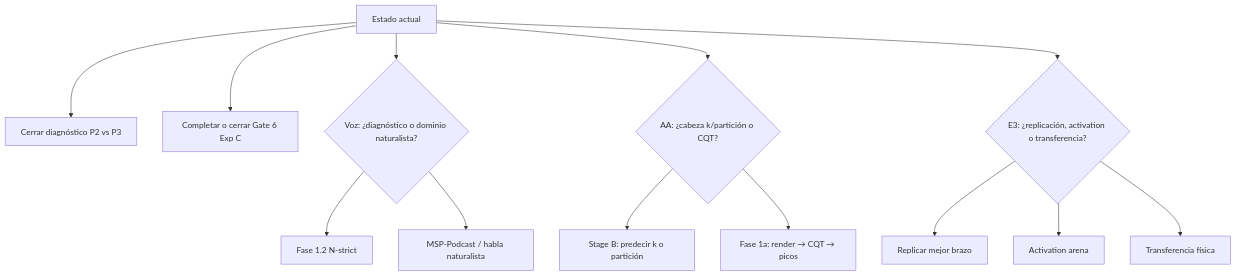
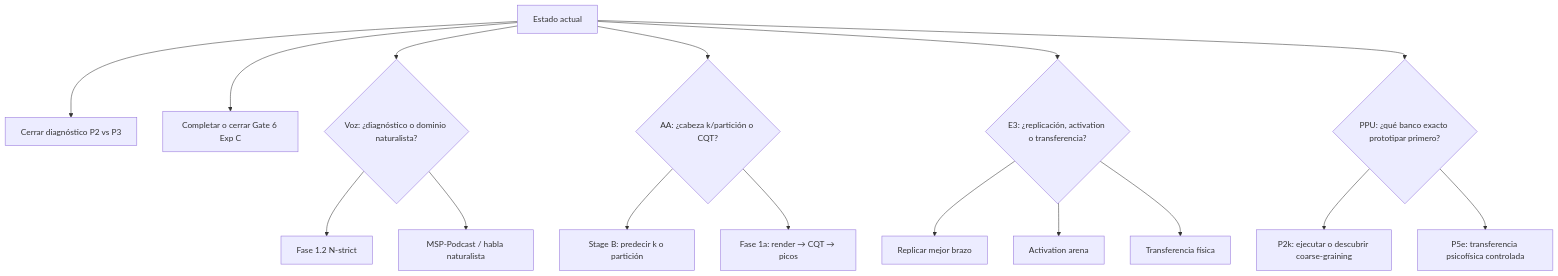
Before and after one commit to Mar-IA-no/Phideus: the second of 2 diagrams in Documents/05_WIKI/MAPA_VISUAL_DEL_PROGRAMA.md, drawn with Mermaid. The commit also changed other lines of this file and 10 other files, not shown here.

````diff
--- a/Documents/05_WIKI/MAPA_VISUAL_DEL_PROGRAMA.md
+++ b/Documents/05_WIKI/MAPA_VISUAL_DEL_PROGRAMA.md
@@ -85,17 +85,20 @@
 ```mermaid
 flowchart TD
     NOW["Estado actual"]
     NOW --> E2D["Cerrar diagnóstico P2 vs P3"]
     NOW --> G6C["Completar o cerrar Gate 6 Exp C"]
     NOW --> VED{"Voz: ¿diagnóstico o dominio naturalista?"}
     NOW --> AAD{"AA: ¿cabeza k/partición o CQT?"}
     NOW --> E3D{"E3: ¿replicación, activation o transferencia?"}
+    NOW --> GTD{"PPU: ¿qué banco exacto prototipar primero?"}
 
     VED --> VE12["Fase 1.2 N-strict"]
     VED --> MSP["MSP-Podcast / habla naturalista"]
     AAD --> KB["Stage B: predecir k o partición"]
     AAD --> CQT["Fase 1a: render → CQT → picos"]
     E3D --> REP["Replicar mejor brazo"]
     E3D --> ACT["Activation arena"]
     E3D --> PHY["Transferencia física"]
+    GTD --> P2K["P2k: ejecutar o descubrir coarse-graining"]
+    GTD --> P5E["P5e: transferencia psicofísica controlada"]
 ```
````
